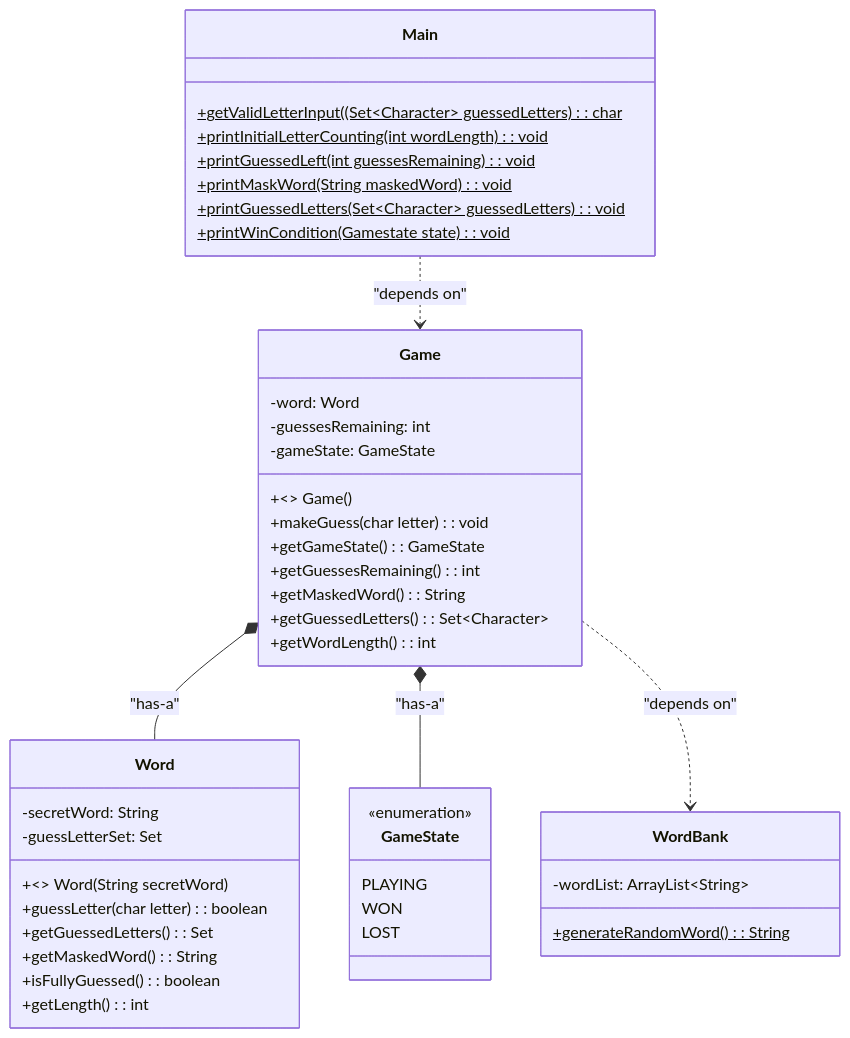
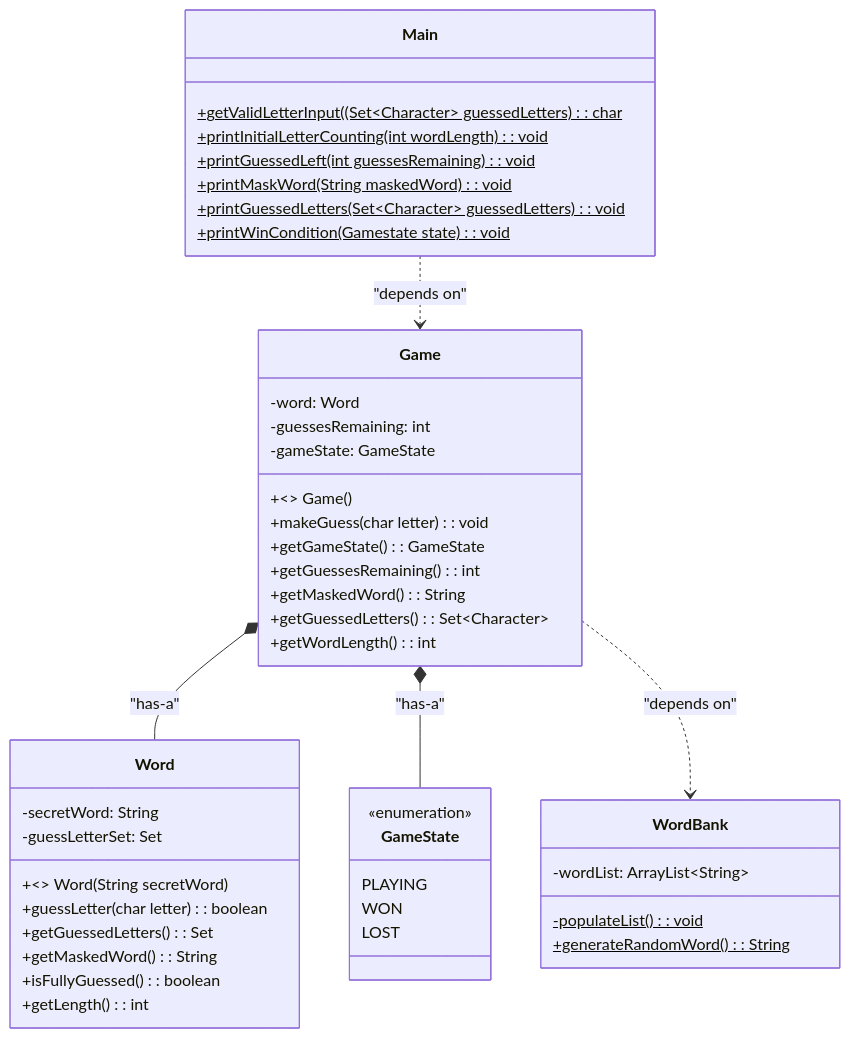
The diagram in docs/Hangman_Class_Diagram.md (rodhpadilla/HangMan), drawn with Mermaid before and after one commit. The commit also changed 3 other files, not shown here.

Commit message:
Populate wordList with an external file with 100 Cat name

````diff
--- a/docs/Hangman_Class_Diagram.md
+++ b/docs/Hangman_Class_Diagram.md
@@ -2,47 +2,48 @@
 ```mermaid
 classDiagram
     class GameState{
         <<enumeration>>
         PLAYING
         WON
         LOST
     }
     class WordBank {
         -wordList: ArrayList~String~
+        -populateList(): void$
         +generateRandomWord(): String$
     }
     class Word{
         -secretWord: String
         -guessLetterSet: Set<Character>
         +<<constructor>> Word(String secretWord)
         +guessLetter(char letter): boolean
         +getGuessedLetters(): Set<Character>
         +getMaskedWord(): String
         +isFullyGuessed(): boolean
         +getLength(): int
     }
     class Game{
         -word: Word
         -guessesRemaining: int
         -gameState: GameState
         +<<constructor>> Game()
         +makeGuess(char letter): void
         +getGameState(): GameState
         +getGuessesRemaining(): int
         +getMaskedWord(): String
         +getGuessedLetters(): Set~Character~
         +getWordLength(): int
     }
     class Main{
         +getValidLetterInput((Set~Character~ guessedLetters): char$
         +printInitialLetterCounting(int wordLength): void$
         +printGuessedLeft(int guessesRemaining): void$
         +printMaskWord(String maskedWord): void$
         +printGuessedLetters(Set~Character~ guessedLetters): void$
         +printWinCondition(Gamestate state): void$
     }
     Game *-- Word: "has-a"
     Game *-- GameState: "has-a"
     Game ..> WordBank: "depends on"
     Main ..> Game: "depends on"
 ```
````
